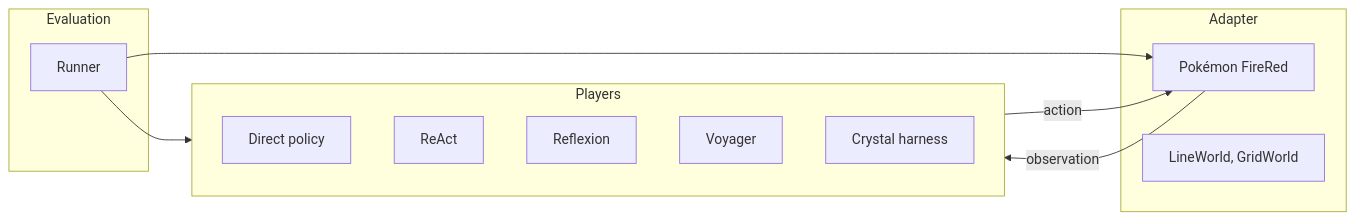
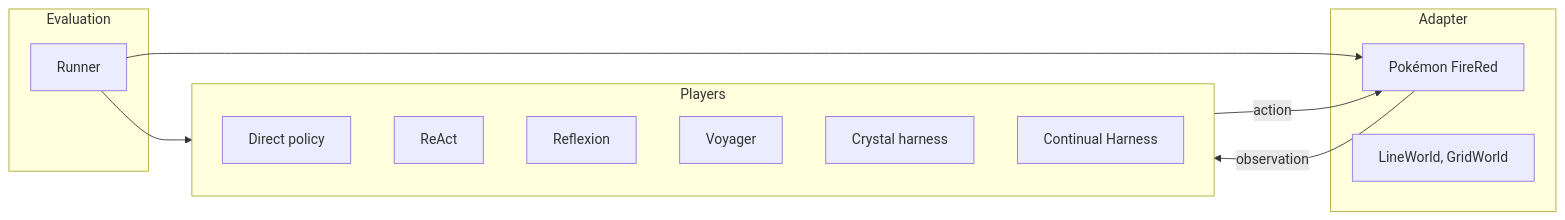
The diagram in README.md (aryamantepal/porygon), drawn with Mermaid before and after one commit. The commit also changed other lines of this file and 14 other files, not shown here.

First line of the commit message:
Add Continual Harness: a Refiner edits the agent's own harness mid-trial.

````diff
--- a/README.md
+++ b/README.md
@@ -11,24 +11,25 @@
 ```mermaid
 flowchart LR
   subgraph agents [Players]
     Direct[Direct policy]
     React[ReAct]
     Reflexion[Reflexion]
     Voyager[Voyager]
     Harness[Crystal harness]
+    Continual[Continual Harness]
   end
 
   subgraph eval [Evaluation]
     Runner[Runner]
   end
 
   subgraph envs [Adapter]
     Pokemon[Pokémon FireRed]
     Toys[LineWorld, GridWorld]
   end
 
   Runner --> agents
   Runner --> Pokemon
   agents -->|action| Pokemon
   Pokemon -->|observation| agents
 ```
````
